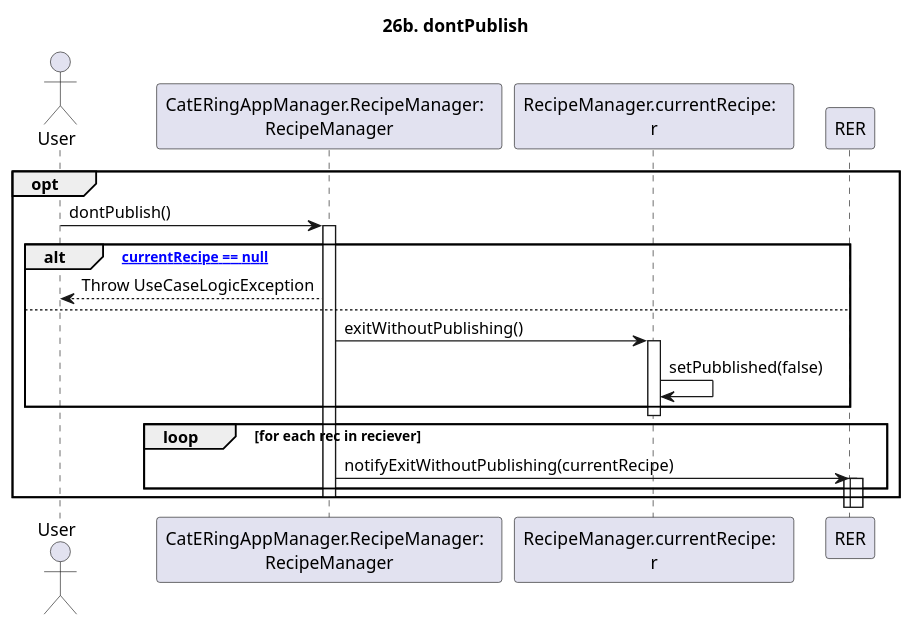
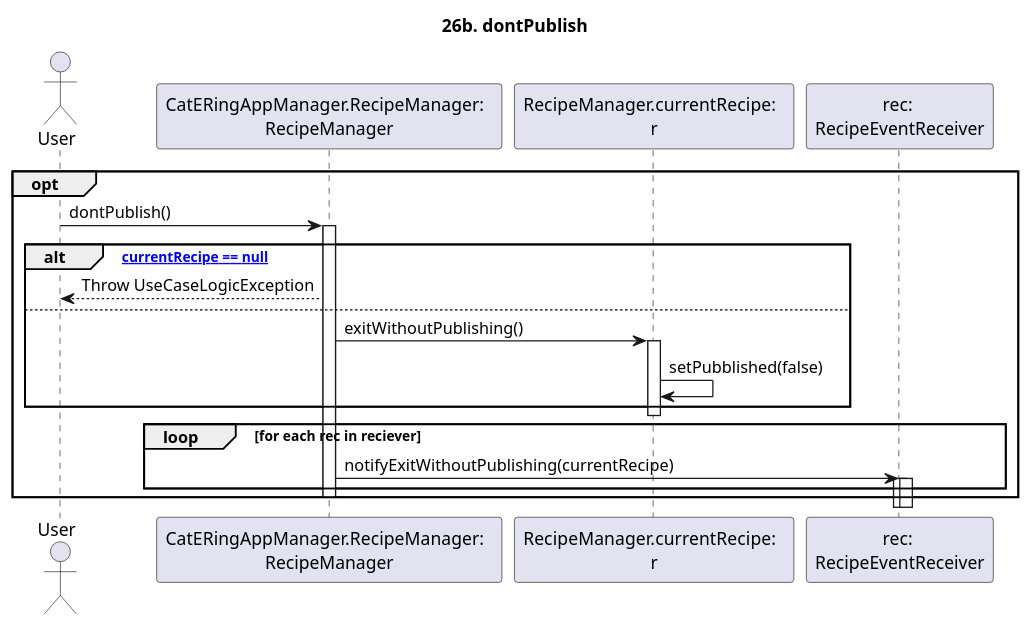
Before and after one commit to m0canu1/sas: the diagram in dsd/dsd-ricette/estensioni/926b-exitNotPublishing.md, drawn with PlantUML. The commit also changed 2 other files, not shown here.

Commit message:
altre cose

````diff
--- a/dsd/dsd-ricette/estensioni/926b-exitNotPublishing.md
+++ b/dsd/dsd-ricette/estensioni/926b-exitNotPublishing.md
@@ -1,28 +1,29 @@
 ```plantuml
 
 title: 26b. dontPublish
 
 Actor User
 Participant "CatERingAppManager.RecipeManager:  \nRecipeManager" as RM
 Participant "RecipeManager.currentRecipe:  \nr" as CR
+Participant "rec: \nRecipeEventReceiver" as RER
 
 opt
 	User -> RM: dontPublish()
 	Activate RM
 	alt ["currentRecipe == null"]
 		RM --> User: Throw UseCaseLogicException
 	else
 		RM -> CR: exitWithoutPublishing()
 		Activate CR
 		CR -> CR: setPubblished(false)
 	end
 	Deactivate CR
 	loop for each rec in reciever
 		RM -> RER: notifyExitWithoutPublishing(currentRecipe)
 		activate RER
 		activate RER
 	end
 	Deactivate RM
 end
 
 ```
````
